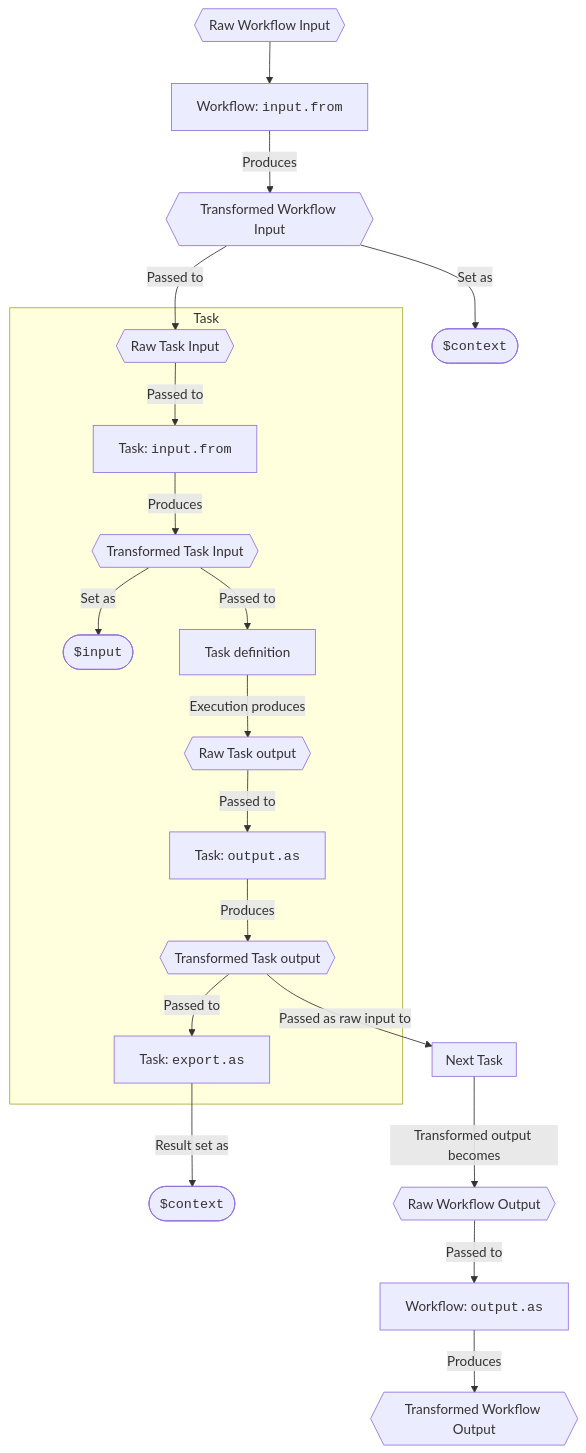
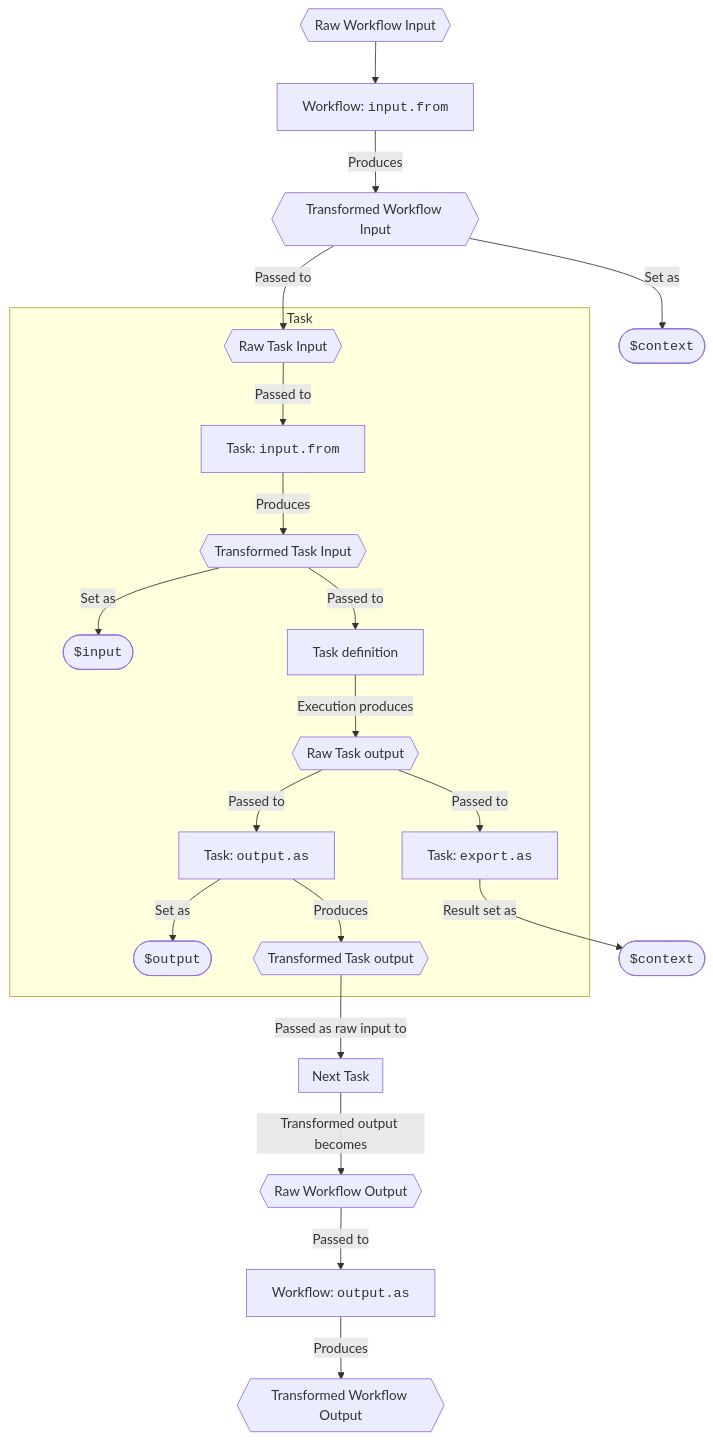
The diagram in dsl.md (serverlessworkflow/specification), drawn with Mermaid before and after one commit. The commit also changed other lines of this file, not shown here.

````diff
--- a/dsl.md
+++ b/dsl.md
@@ -185,53 +185,55 @@
 ```mermaid
 flowchart TD
 
   initial_context_arg([<code>$context</code>])
   context_arg([<code>$context</code>])
   input_arg([<code>$input</code>])
+  output_arg([<code>$output</code>])
 
   workflow_raw_input{{Raw Workflow Input}}
   workflow_input_from[Workflow: <code>input.from</code>]
   workflow_transformed_input{{Transformed Workflow Input}}
 
   task_raw_input{{Raw Task Input}}
   task_input_from[Task: <code>input.from</code>]
   task_transformed_input{{Transformed Task Input}}
   task_definition[Task definition]
   task_raw_output{{Raw Task output}}
   task_output_as[Task: <code>output.as</code>]
   task_transformed_output{{Transformed Task output}}
   task_export_as[Task: <code>export.as</code>]
   
   workflow_raw_output{{Raw Workflow Output}}
   workflow_output_as[Workflow: <code>output.as</code>]
   workflow_transformed_output{{Transformed Workflow Output}}
 
   workflow_raw_input --> workflow_input_from
   workflow_input_from -- Produces --> workflow_transformed_input
   workflow_transformed_input -- Set as --> initial_context_arg
   workflow_transformed_input -- Passed to --> task_raw_input
 
   subgraph Task
 
     task_raw_input -- Passed to --> task_input_from
     task_input_from -- Produces --> task_transformed_input
     task_transformed_input -- Set as --> input_arg
     task_transformed_input -- Passed to --> task_definition
 
     task_definition -- Execution produces --> task_raw_output
     task_raw_output -- Passed to --> task_output_as
     task_output_as -- Produces --> task_transformed_output
-    task_transformed_output -- Passed to --> task_export_as
+    task_output_as -- Set as --> output_arg
+    task_raw_output -- Passed to --> task_export_as
   end
 
   task_transformed_output -- Passed as raw input to --> next_task
 
   subgraph next_task [Next Task]
   end
 
   task_export_as -- Result set as --> context_arg
 
   next_task -- Transformed output becomes --> workflow_raw_output
   workflow_raw_output -- Passed to --> workflow_output_as
   workflow_output_as -- Produces --> workflow_transformed_output
 ```
````
